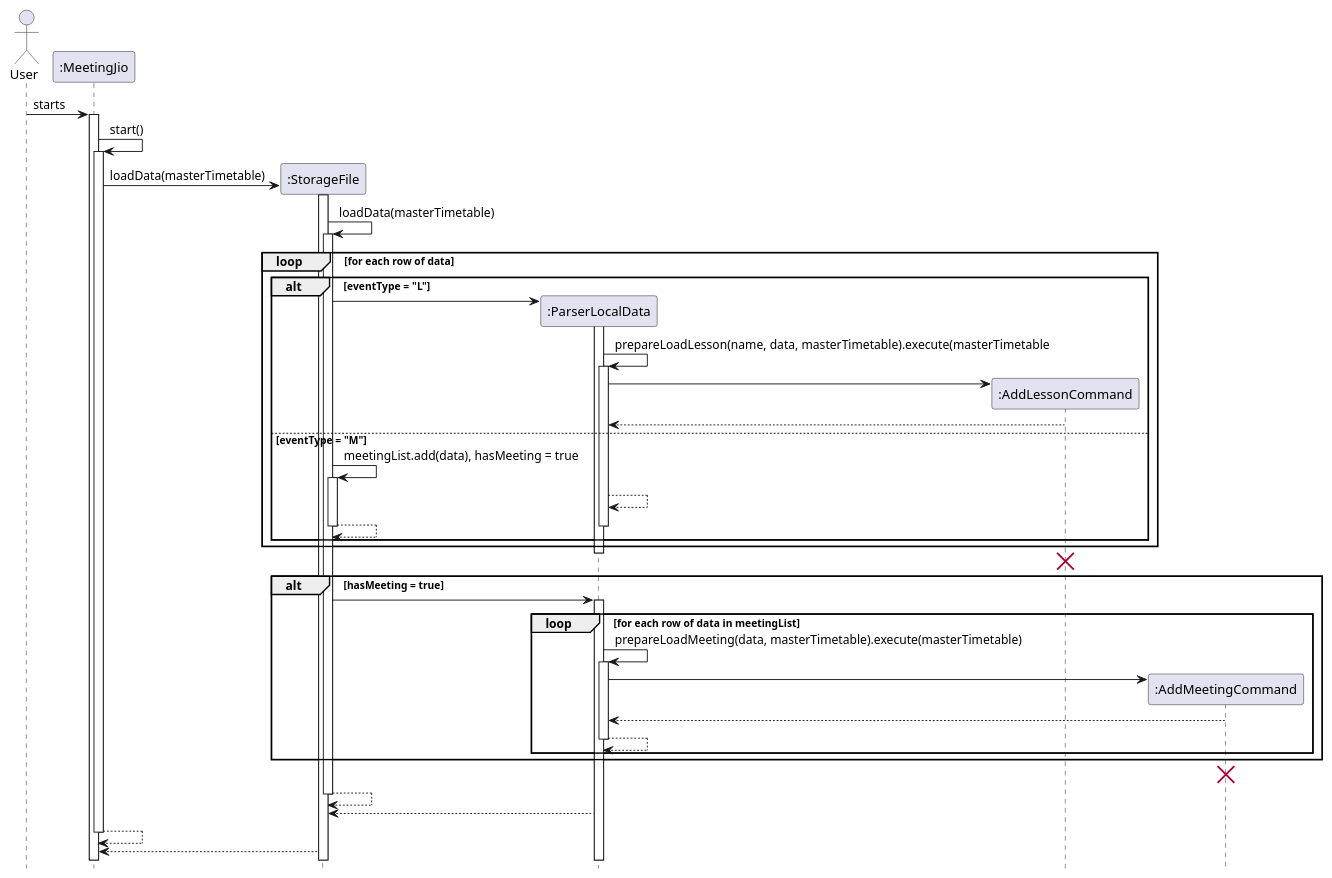
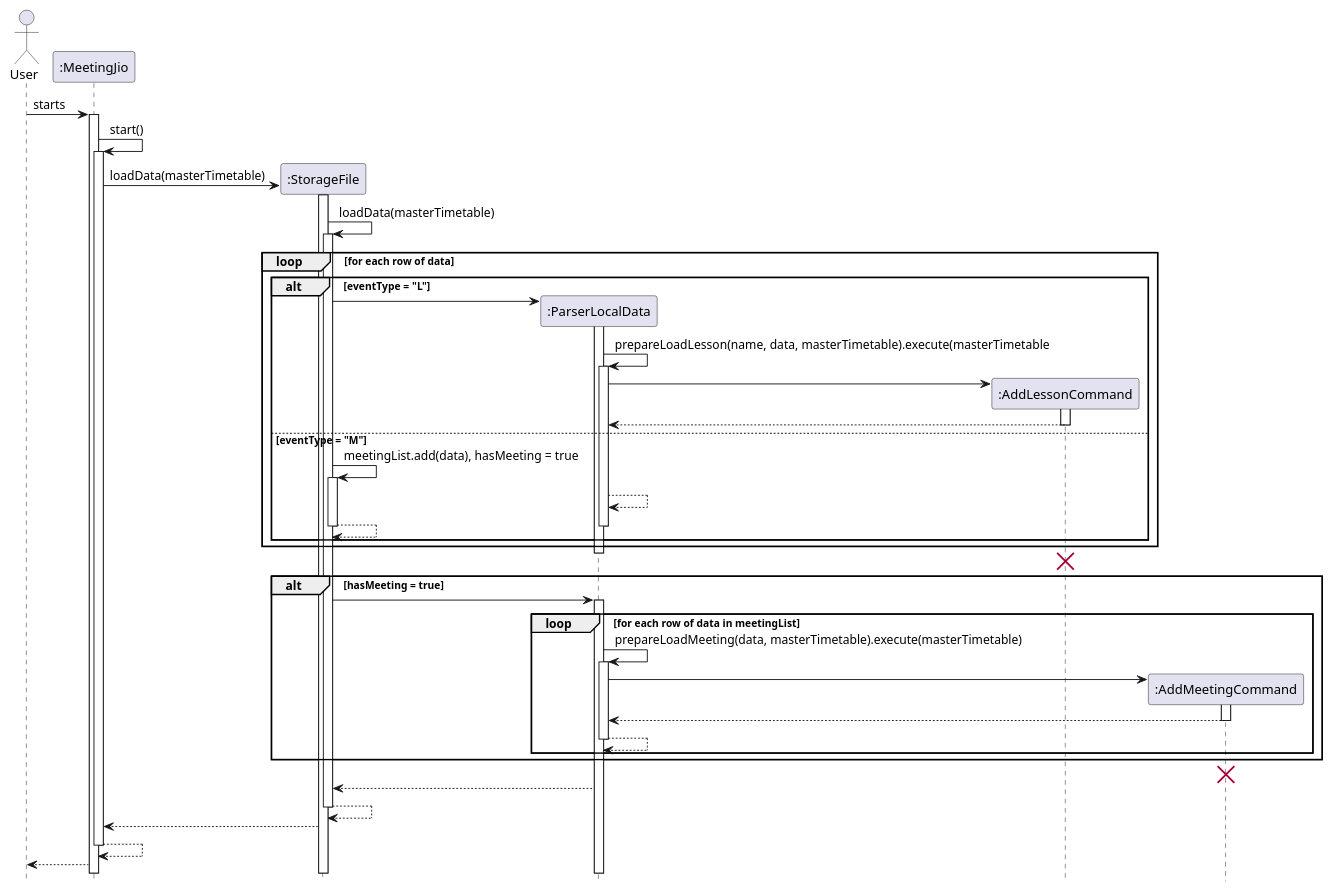
One commit to nus-cs2113-AY2122S2/tp changed the diagram in docs/diagrams/LoadSequenceDiagram.puml. Above: the diagram before and after it, drawn with PlantUML. The commit also changed 2 other files, not shown here.

Commit message:
update user guide and load sequence diagram

```diff
--- a/docs/diagrams/LoadSequenceDiagram.puml
+++ b/docs/diagrams/LoadSequenceDiagram.puml
@@ -1,50 +1,53 @@
 @startuml
 'https://plantuml.com/sequence-diagram
 
 hide footbox
 actor User
 
 User -> ":MeetingJio" ++: starts
 ":MeetingJio" -> ":MeetingJio" ++:start()
 create ":StorageFile"
 ":MeetingJio" -> ":StorageFile" ++: loadData(masterTimetable)
 ":StorageFile" -> ":StorageFile" ++: loadData(masterTimetable)
 create ":ParserLocalData"
 loop for each row of data
 alt eventType = "L"
 ":StorageFile" -> ":ParserLocalData" ++:
 ":ParserLocalData" -> ":ParserLocalData" ++:prepareLoadLesson(name, data, masterTimetable).execute(masterTimetable
 create ":AddLessonCommand"
-":ParserLocalData" -> ":AddLessonCommand"
+":ParserLocalData" -> ":AddLessonCommand" ++
 ":AddLessonCommand" --> ":ParserLocalData"
 deactivate ":AddLessonCommand"
 else eventType = "M"
 ":StorageFile" -> ":StorageFile" ++: meetingList.add(data), hasMeeting = true
 ":ParserLocalData" --> ":ParserLocalData"
 ":StorageFile" --> ":StorageFile"
 deactivate ":StorageFile"
 deactivate ":ParserLocalData"
 end
 end
 deactivate ":ParserLocalData"
 destroy ":AddLessonCommand"
 alt hasMeeting = true
 ":StorageFile" -> ":ParserLocalData" ++:
 loop for each row of data in meetingList
 ":ParserLocalData" -> ":ParserLocalData" ++:prepareLoadMeeting(data, masterTimetable).execute(masterTimetable)
 create ":AddMeetingCommand"
-":ParserLocalData" -> ":AddMeetingCommand"
+":ParserLocalData" -> ":AddMeetingCommand" ++
 ":AddMeetingCommand" --> ":ParserLocalData"
 deactivate ":AddMeetingCommand"
 ":ParserLocalData" --> ":ParserLocalData"
 deactivate ":ParserLocalData"
 end
 end
 destroy ":AddMeetingCommand"
+":ParserLocalData" --> ":StorageFile"
 ":StorageFile" --> ":StorageFile"
 deactivate ":StorageFile"
-":ParserLocalData" --> ":StorageFile"
+":StorageFile" --> ":MeetingJio"
 ":MeetingJio" --> ":MeetingJio"
 deactivate ":MeetingJio"
-":StorageFile" --> ":MeetingJio"
+
+":MeetingJio" --> User
+
 @enduml
```
